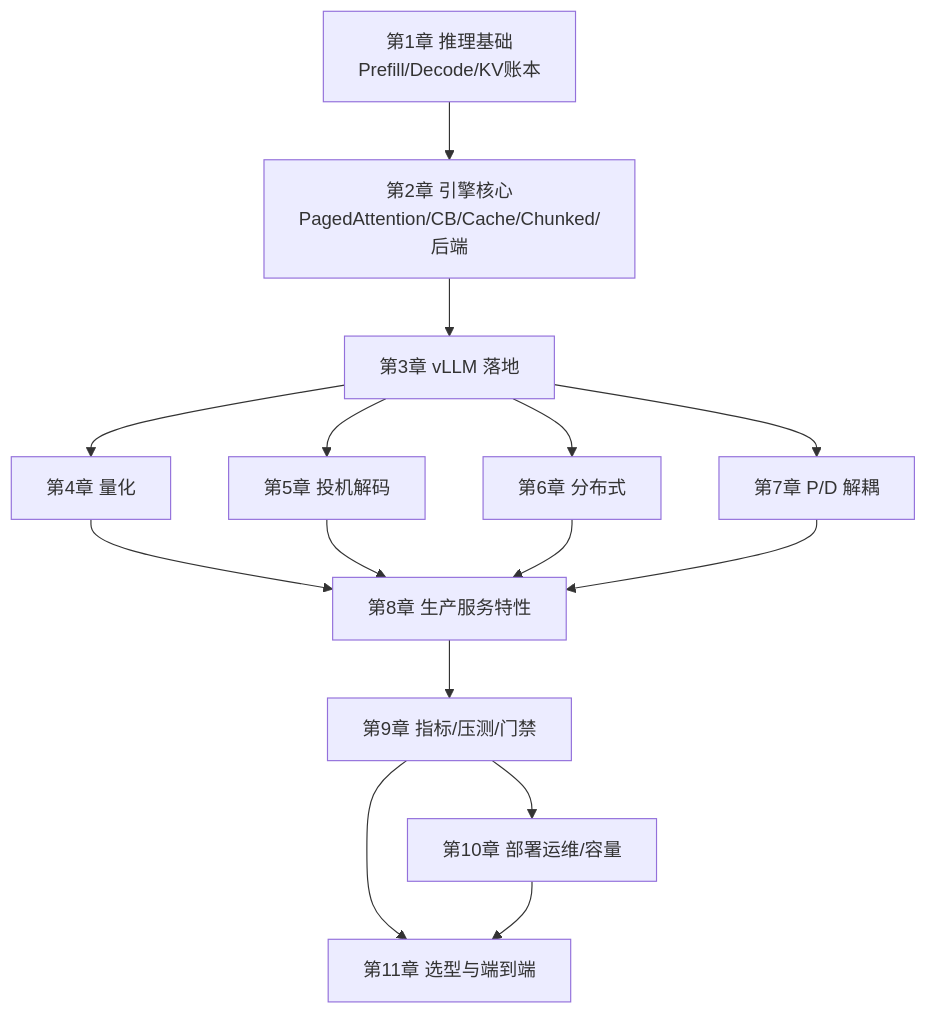
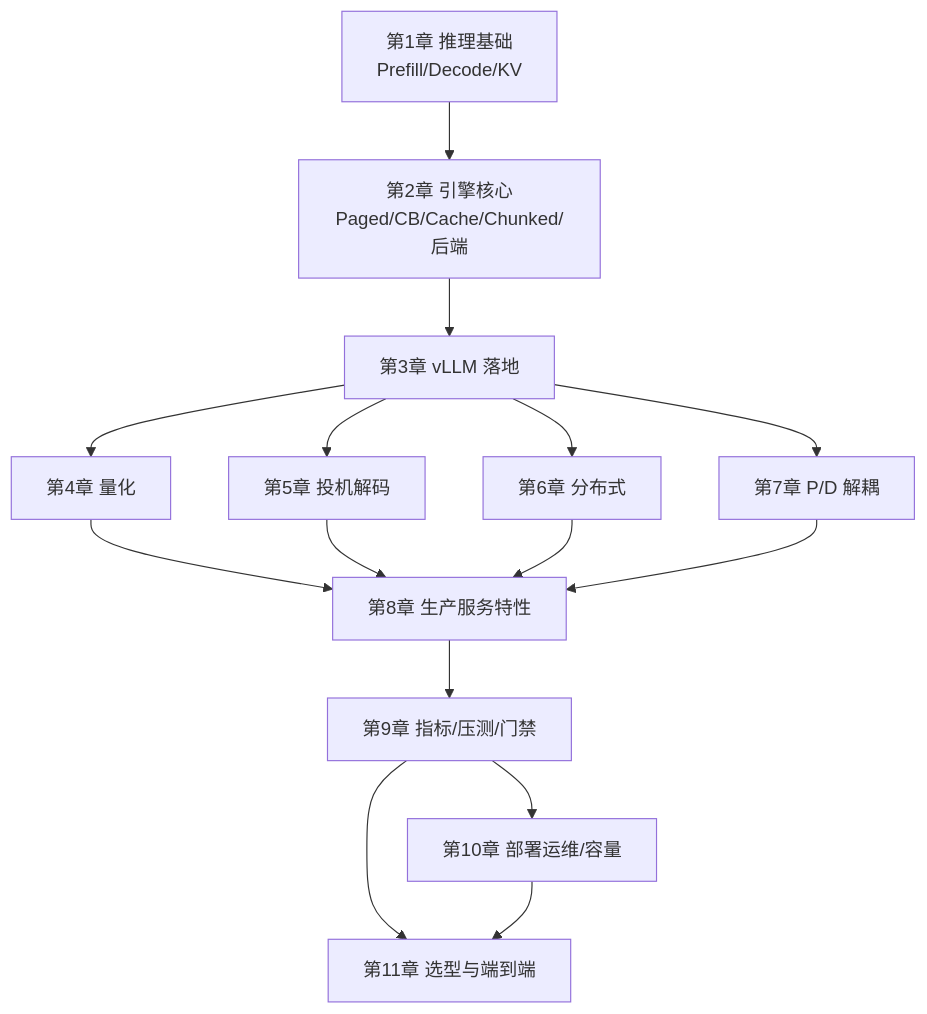
The diagram in docs/guides/模块四-推理优化/第11章-推理优化选型与端到端实战/11.4-模块总结与持续学习.md (tqm6666/AIInfraGuide), drawn with Mermaid before and after one commit. The commit also changed other lines of this file and 4 other files, not shown here.

````diff
--- a/docs/guides/模块四-推理优化/第11章-推理优化选型与端到端实战/11.4-模块总结与持续学习.md
+++ b/docs/guides/模块四-推理优化/第11章-推理优化选型与端到端实战/11.4-模块总结与持续学习.md
@@ -31,17 +31,17 @@
 ```mermaid
 flowchart TB
-    A["第1章 推理基础<br/>Prefill/Decode/KV账本"] --> B["第2章 引擎核心<br/>PagedAttention/CB/Cache/Chunked/后端"]
+    A["第1章 推理基础<br/>Prefill/Decode/KV"] --> B["第2章 引擎核心<br/>Paged/CB/Cache/Chunked/后端"]
     B --> C["第3章 vLLM 落地"]
     C --> D["第4章 量化"]
     C --> E["第5章 投机解码"]
     C --> F["第6章 分布式"]
     C --> G["第7章 P/D 解耦"]
     D --> H["第8章 生产服务特性"]
     E --> H
     F --> H
     G --> H
     H --> I["第9章 指标/压测/门禁"]
     I --> J["第10章 部署运维/容量"]
     I --> K["第11章 选型与端到端"]
     J --> K
 ```
````
